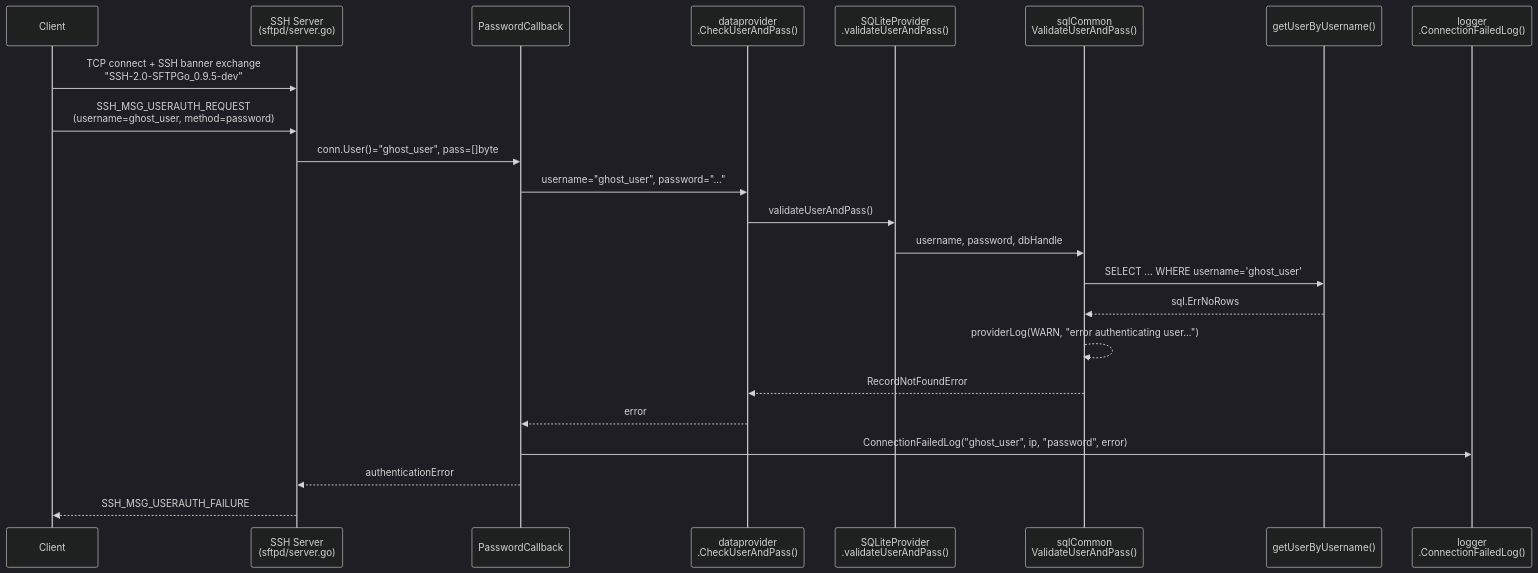
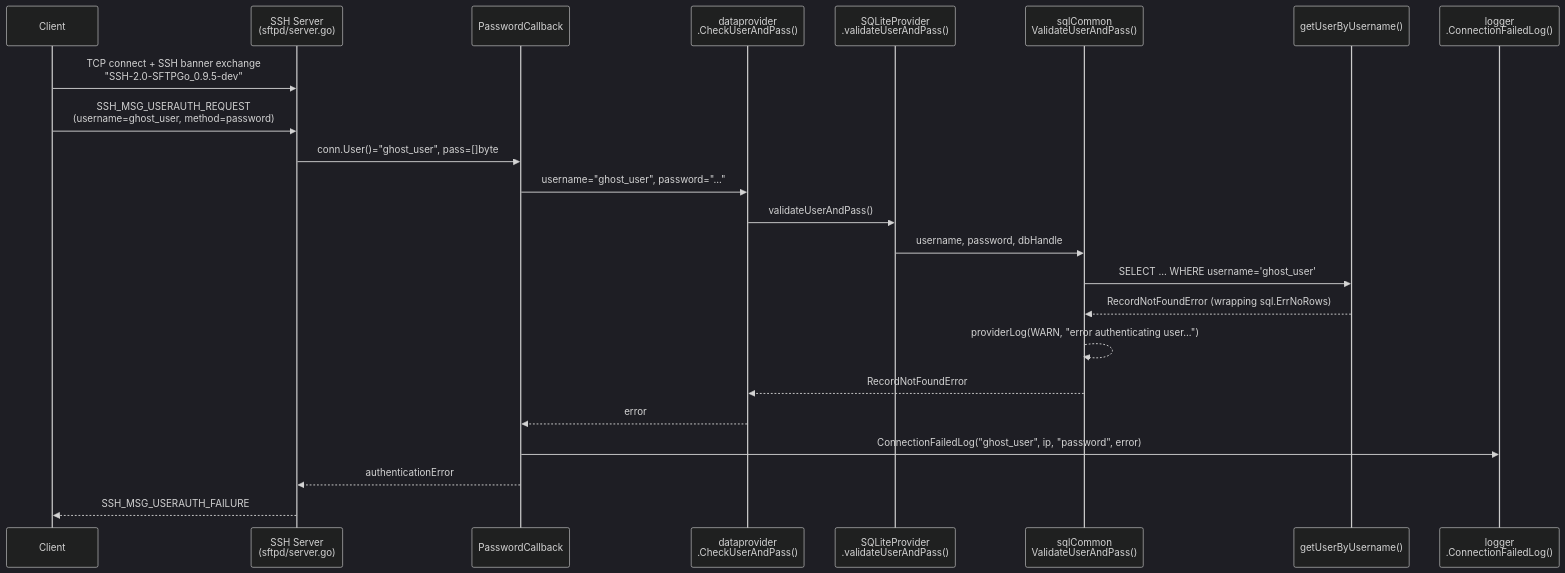
One commit to blitzy-research/sftpgo changed the second of 2 diagrams in blitzy/documentation/sftpgo_44634210287c.md. Above: the diagram before and after it, drawn with Mermaid (dark theme). The commit also changed other lines of this file, not shown here.

First line of the commit message:
Address code review findings: add missing defaults table fields, fix line range citation, improve diagram precision

````diff
--- a/blitzy/documentation/sftpgo_44634210287c.md
+++ b/blitzy/documentation/sftpgo_44634210287c.md
@@ -592,26 +592,26 @@
 ```mermaid
 sequenceDiagram
     participant Client
     participant SSHServer as SSH Server<br/>(sftpd/server.go)
     participant PwdCallback as PasswordCallback
     participant CheckUser as dataprovider<br/>.CheckUserAndPass()
     participant SQLite as SQLiteProvider<br/>.validateUserAndPass()
     participant SqlCommon as sqlCommon<br/>ValidateUserAndPass()
     participant GetUser as getUserByUsername()
     participant Logger as logger<br/>.ConnectionFailedLog()
 
     Client->>SSHServer: TCP connect + SSH banner exchange<br/>"SSH-2.0-SFTPGo_0.9.5-dev"
     Client->>SSHServer: SSH_MSG_USERAUTH_REQUEST<br/>(username=ghost_user, method=password)
     SSHServer->>PwdCallback: conn.User()="ghost_user", pass=[]byte
     PwdCallback->>CheckUser: username="ghost_user", password="..."
     CheckUser->>SQLite: validateUserAndPass()
     SQLite->>SqlCommon: username, password, dbHandle
     SqlCommon->>GetUser: SELECT ... WHERE username='ghost_user'
-    GetUser-->>SqlCommon: sql.ErrNoRows
+    GetUser-->>SqlCommon: RecordNotFoundError (wrapping sql.ErrNoRows)
     SqlCommon-->>SqlCommon: providerLog(WARN, "error authenticating user...")
     SqlCommon-->>CheckUser: RecordNotFoundError
     CheckUser-->>PwdCallback: error
     PwdCallback->>Logger: ConnectionFailedLog("ghost_user", ip, "password", error)
     PwdCallback-->>SSHServer: authenticationError
     SSHServer-->>Client: SSH_MSG_USERAUTH_FAILURE
 ```
````
